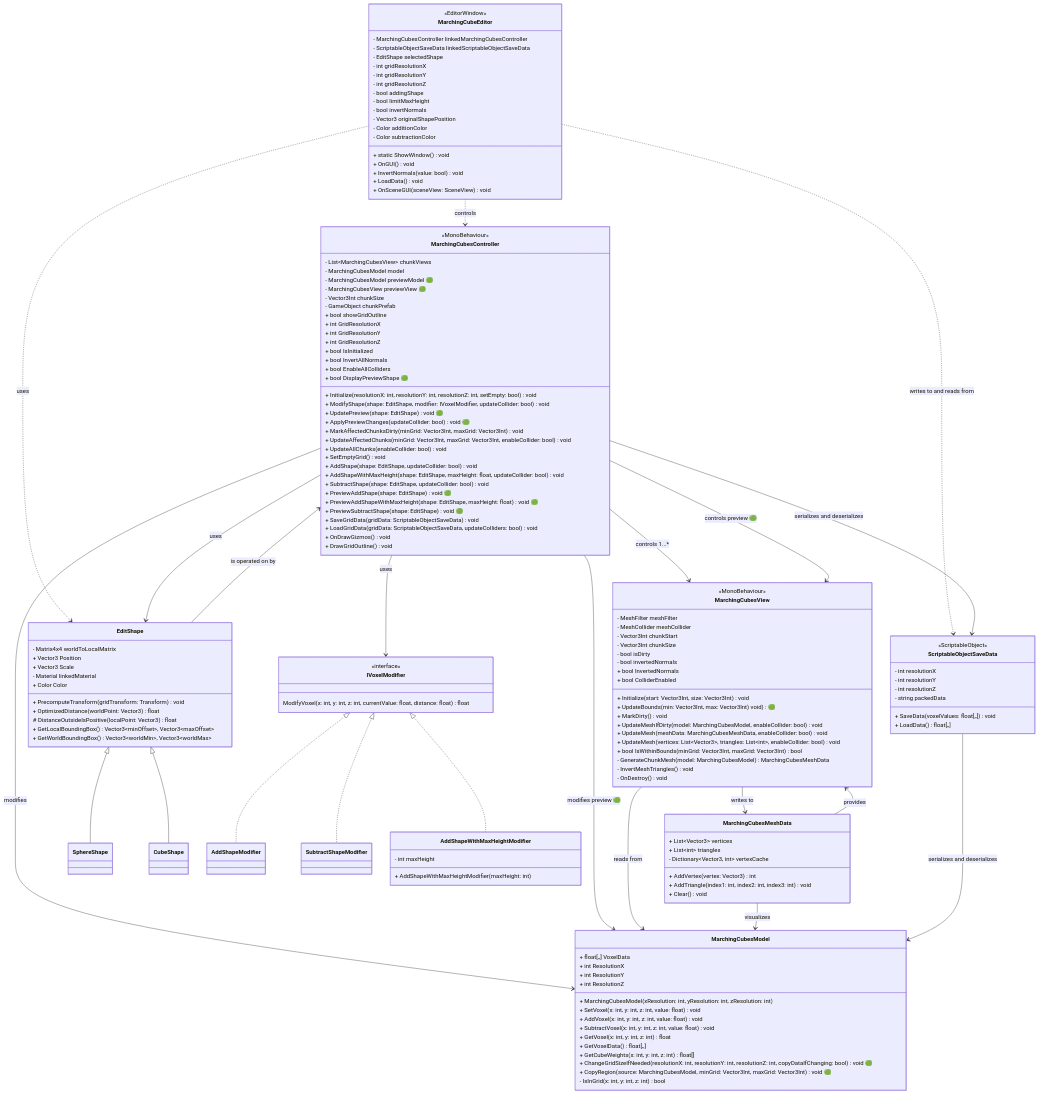
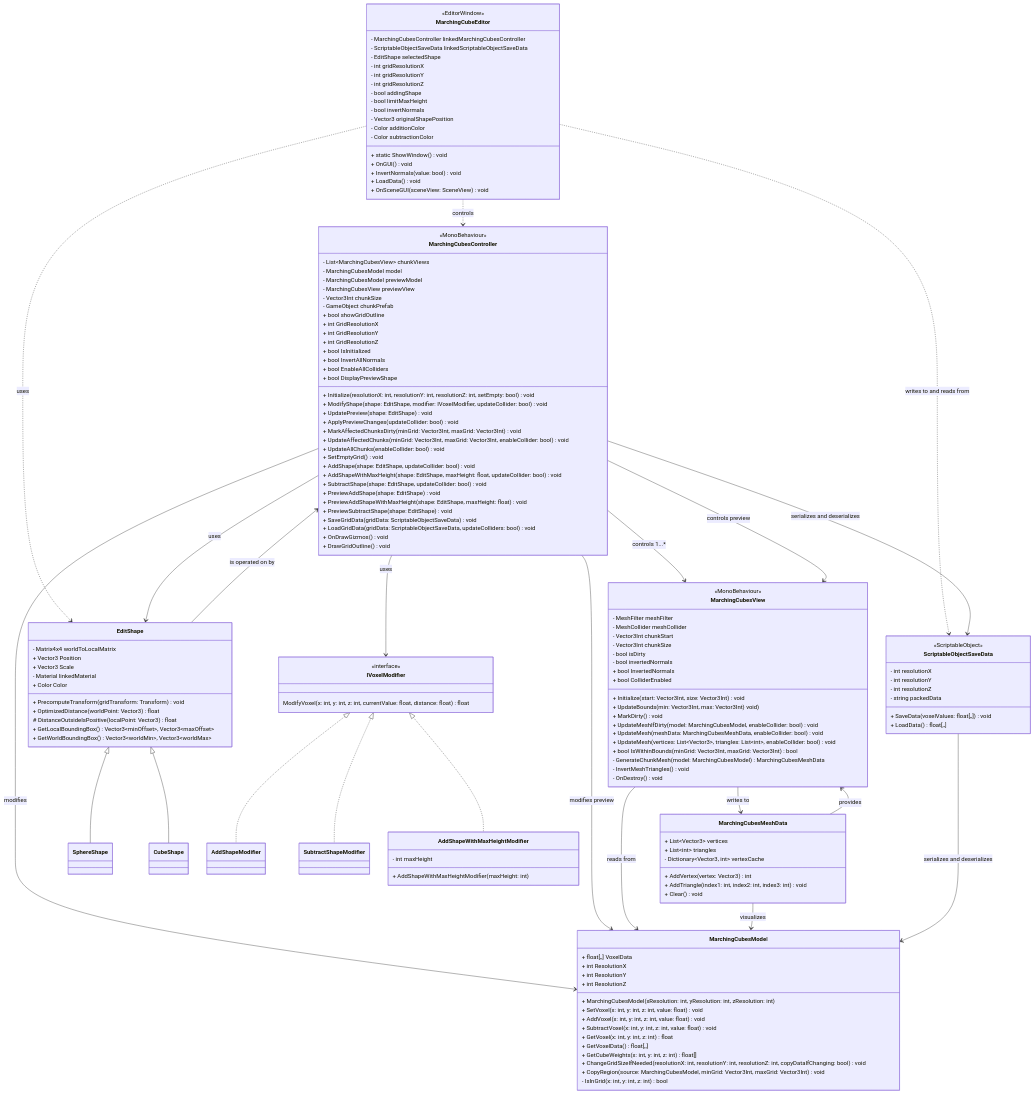
Before and after one commit to iffn/MarchingCubeEditorForUnity: the diagram in Documentation/UML/ClassDiagram/README.md, drawn with Mermaid. The commit also changed 1 other file, not shown here.

Commit message:
Preview shape: Finished

```diff
--- a/Documentation/UML/ClassDiagram/README.md
+++ b/Documentation/UML/ClassDiagram/README.md
@@ -5,8 +5,8 @@
     class MarchingCubesController {
         - List~MarchingCubesView~ chunkViews
         - MarchingCubesModel model
-        - MarchingCubesModel previewModel 🟢
-        - MarchingCubesView previewView 🟢
+        - MarchingCubesModel previewModel
+        - MarchingCubesView previewView
         - Vector3Int chunkSize
         - GameObject chunkPrefab
         + bool showGridOutline
@@ -16,11 +16,11 @@
         + bool IsInitialized
         + bool InvertAllNormals
         + bool EnableAllColliders
-        + bool DisplayPreviewShape 🟢
+        + bool DisplayPreviewShape
         + Initialize(resolutionX: int, resolutionY: int, resolutionZ: int, setEmpty: bool) void
         + ModifyShape(shape: EditShape, modifier: IVoxelModifier, updateCollider: bool) void
-        + UpdatePreview(shape: EditShape) void 🟢
-        + ApplyPreviewChanges(updateCollider: bool) void 🟢
+        + UpdatePreview(shape: EditShape) void
+        + ApplyPreviewChanges(updateCollider: bool) void
         + MarkAffectedChunksDirty(minGrid: Vector3Int, maxGrid: Vector3Int) void
         + UpdateAffectedChunks(minGrid: Vector3Int, maxGrid: Vector3Int, enableCollider: bool) void
         + UpdateAllChunks(enableCollider: bool) void
@@ -28,9 +28,9 @@
         + AddShape(shape: EditShape, updateCollider: bool) void
         + AddShapeWithMaxHeight(shape: EditShape, maxHeight: float, updateCollider: bool) void
         + SubtractShape(shape: EditShape, updateCollider: bool) void
-        + PreviewAddShape(shape: EditShape) void 🟢
-        + PreviewAddShapeWithMaxHeight(shape: EditShape, maxHeight: float) void 🟢
-        + PreviewSubtractShape(shape: EditShape) void 🟢
+        + PreviewAddShape(shape: EditShape) void
+        + PreviewAddShapeWithMaxHeight(shape: EditShape, maxHeight: float) void
+        + PreviewSubtractShape(shape: EditShape) void
         + SaveGridData(gridData: ScriptableObjectSaveData) void
         + LoadGridData(gridData: ScriptableObjectSaveData, updateColliders: bool) void
         + OnDrawGizmos() void
@@ -46,7 +46,7 @@
         - bool isDirty
         - bool invertedNormals
         + Initialize(start: Vector3Int, size: Vector3Int) void
-        + UpdateBounds(min: Vector3Int, max: Vector3Int) void) 🟢
+        + UpdateBounds(min: Vector3Int, max: Vector3Int) void)
         + MarkDirty() void
         + UpdateMeshIfDirty(model: MarchingCubesModel, enableCollider: bool) void
         + UpdateMesh(meshData: MarchingCubesMeshData, enableCollider: bool) void
@@ -72,8 +72,8 @@
         + GetVoxel(x: int, y: int, z: int) float
         + GetVoxelData() float[,,]
         + GetCubeWeights(x: int, y: int, z: int) float[]
-        + ChangeGridSizeIfNeeded(resolutionX: int, resolutionY: int, resolutionZ: int, copyDataIfChanging: bool) void 🟢
-        + CopyRegion(source: MarchingCubesModel, minGrid: Vector3Int, maxGrid: Vector3Int) void 🟢
+        + ChangeGridSizeIfNeeded(resolutionX: int, resolutionY: int, resolutionZ: int, copyDataIfChanging: bool) void
+        + CopyRegion(source: MarchingCubesModel, minGrid: Vector3Int, maxGrid: Vector3Int) void
         - IsInGrid(x: int, y: int, z: int) bool
     }
 
@@ -155,8 +155,8 @@
     MarchingCubesController --> MarchingCubesView : controls 1...*
     MarchingCubesController --> EditShape : uses
     MarchingCubesController --> ScriptableObjectSaveData : serializes and deserializes
-    MarchingCubesController --> MarchingCubesView : controls preview 🟢
-    MarchingCubesController --> MarchingCubesModel : modifies preview 🟢
+    MarchingCubesController --> MarchingCubesView : controls preview
+    MarchingCubesController --> MarchingCubesModel : modifies preview
     MarchingCubesView --> MarchingCubesModel : reads from
     MarchingCubesView --> MarchingCubesMeshData : writes to
     MarchingCubesMeshData --> MarchingCubesView : provides
```
